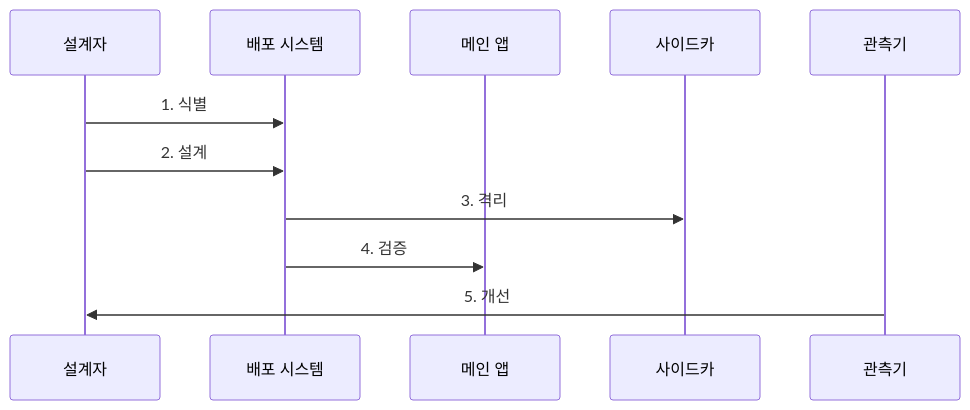
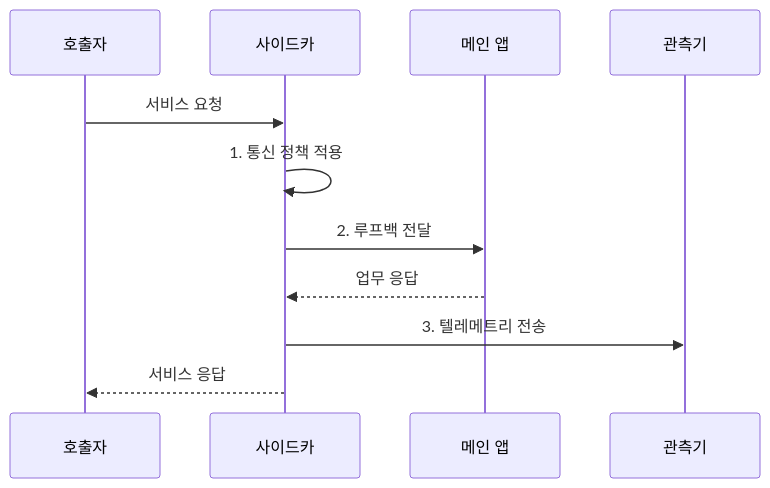
One commit to agnusdei1207/knowledge-base changed the second of 2 diagrams in src/content/docs/notes/03-software/218_sidecar_pattern.md. Above: the diagram before and after it, drawn with Mermaid. The commit also changed other lines of this file and 20 other files, not shown here.

````diff
--- a/src/content/docs/notes/03-software/218_sidecar_pattern.md
+++ b/src/content/docs/notes/03-software/218_sidecar_pattern.md
@@ -82,13 +84,13 @@
 ```mermaid
 sequenceDiagram
-    participant A as 설계자
-    participant D as 배포 시스템
+    participant C as 호출자
+    participant S as 사이드카
     participant M as 메인 앱
-    participant S as 사이드카
     participant O as 관측기
-    A->>D: 1. 식별
-    A->>D: 2. 설계
-    D->>S: 3. 격리
-    D->>M: 4. 검증
-    O->>A: 5. 개선
+    C->>S: 서비스 요청
+    S->>S: 1. 통신 정책 적용
+    S->>M: 2. 루프백 전달
+    M-->>S: 업무 응답
+    S->>O: 3. 텔레메트리 전송
+    S-->>C: 서비스 응답
 ```
````
